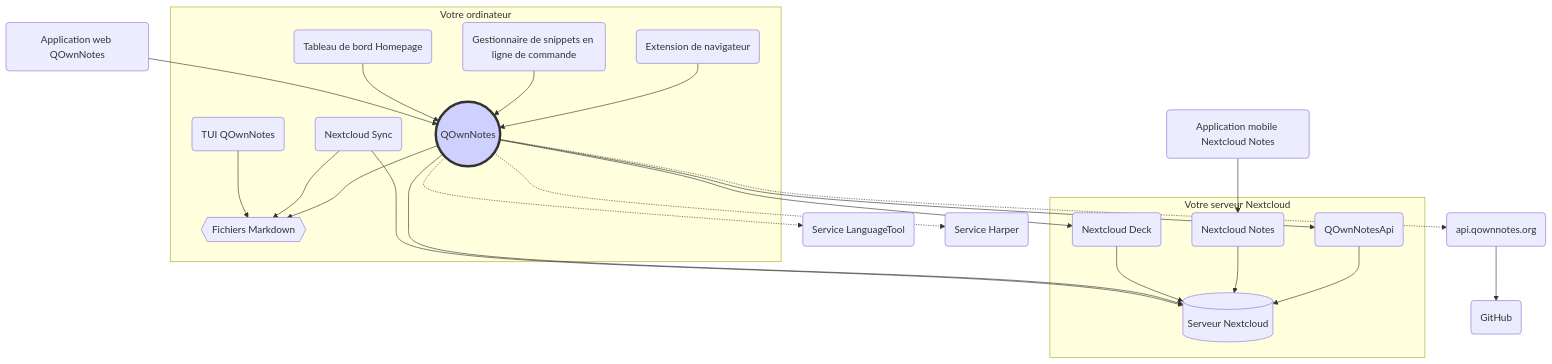
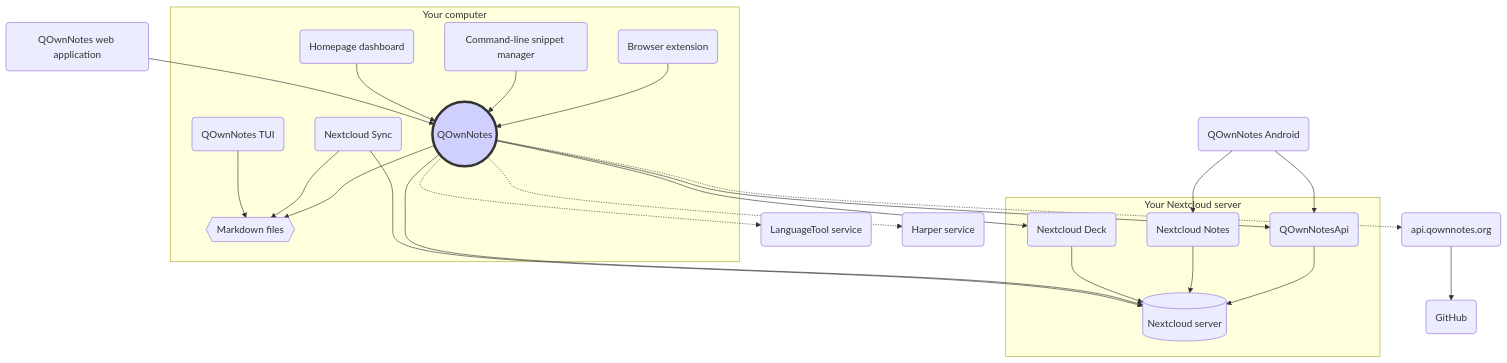
One commit to pbek/QOwnNotes changed the diagram in webpage/src/fr/getting-started/concept.md. Above: the diagram before and after it, drawn with Mermaid. The commit also changed other lines of this file and 160 other files, not shown here.

````diff
--- a/webpage/src/fr/getting-started/concept.md
+++ b/webpage/src/fr/getting-started/concept.md
@@ -13,45 +13,46 @@
 ```mermaid
 graph TB
-    subgraph Votre ordinateur
-        qon((QOwnNotes))-->md{{"Fichiers Markdown"}}
+    subgraph Your computer
+        qon((QOwnNotes))-->md{{"Markdown files"}}
         sync("Nextcloud Sync")-->md
-        qon-comp("Extension de navigateur")-->qon
-        qc("Gestionnaire de snippets en ligne de commande")-->qon
-        tui("TUI QOwnNotes")-->md
-        homepage("Tableau de bord Homepage")-->qon
+        qon-comp("Browser extension")-->qon
+        qc("Command-line snippet manager")-->qon
+        tui("QOwnNotes TUI")-->md
+        homepage("Homepage dashboard")-->qon
     end
-    subgraph Votre serveur Nextcloud
-        qon-api("QOwnNotesApi")-->ncs[("Serveur Nextcloud")]
+    subgraph Your Nextcloud server
+        qon-api("QOwnNotesApi")-->ncs[("Nextcloud server")]
         nc-notes-app("Nextcloud Notes")-->ncs
         nc-deck-app("Nextcloud Deck")-->ncs
     end
 
-    nc-notes-mob("Application mobile Nextcloud Notes")-->nc-notes-app
-    qon-web-app("Application web QOwnNotes")-->qon
+    qon-mob("QOwnNotes Android")-->nc-notes-app
+    qon-mob-->qon-api
+    qon-web-app("QOwnNotes web application")-->qon
     qon-->qon-api
     qon-->ncs
     qon-->nc-deck-app
     sync-->ncs
-    qon-.->lt("Service LanguageTool")
-    qon-.->harper("Service Harper")
+    qon-.->lt("LanguageTool service")
+    qon-.->harper("Harper service")
     qon-.->qon-web-api("api.qownnotes.org")
     qon-web-api-->github("GitHub")
 
     style qon fill:#d0d0ff,stroke:#333,stroke-width:4px
-    click qon "/fr/getting-started/concept.html#qownnotes" "L’application de bureau QOwnNotes Desktop pour gérer vos notes sur votre ordinateur"
-    click md "/fr/getting-started/concept.html#fichiers-de-notes-en-markdown" "Markdown, média et pièces jointes dans votre dossier de notes"
-    click qon-comp "/fr/getting-started/concept.html#extension-de-navigateur-qownnotes" "Extension de navigateur QOwnNotes pour gérer les signets dans des fichiers Markdown et pour servir de web clipper"
-    click qc "/fr/getting-started/concept.html#gestionnaire-de-snippets-en-ligne-de-commande-de-qownnotes" "Gestionnaire de snippets en ligne de commande de QOwnNotes"
-    click tui "/fr/getting-started/concept.html#tui-qownnotes" "La TUI QOwnNotes, pour parcourir et modifier les notes de vos dossiers de notes dans le terminal"
-    click homepage "/fr/getting-started/concept.html#tableau-de-bord-homepage" "Tableau de bord Homepage utilisant les suggestions de signets de QOwnNotes"
-    click sync "/fr/getting-started/concept.html#client-de-synchronisation-nextcloud-pour-ordinateur-de-bureau" "Client de bureau de synchronisation Nextcloud pour synchroniser vos notes dans votre serveur"
-    click ncs "/fr/getting-started/concept.html#serveur-nextcloud" "Serveur Nextcloud pour stocker vos notes et vos autres fichiers"
-    click qon-api "/fr/getting-started/concept.html#application-qownnotesapi-pour-nextcloud" "Application Nextcloud QOwnNotesAPI pour accéder aux versions de notes et à la corbeille côté serveur"
-    click nc-notes-app "/fr/getting-started/concept.html#application-serveur-nextcloud-notes" "Application serveur Nextcloud Notes pour gérer vos notes sur le Web"
-    click nc-notes-mob "/fr/getting-started/concept.html#application-mobile-nextcloud-notes" "Application mobile Nextcloud Notes pour gérer vos notes sur votre téléphone portable"
-    click nc-deck-app "/fr/getting-started/concept.html#application-serveur-nextcloud-deck" "Application serveur Nextcloud Deck pour gérer vos rappels et vos listes de tâches sur le Web"
-    click qon-web-app "/fr/getting-started/concept.html#application-web-qownnotes" "Application Web QOwnNotes pour envoyer des photos depuis votre téléphone portable"
-    click lt "/fr/editor/languagetool.html" "Serveur LanguageTool optionnel pour vérifier la grammaire et le style"
-    click harper "/fr/editor/harper.html" "Service Harper hors-ligne et optionnel pour vérifier la grammaire et le style"
-    click qon-web-api "/fr/getting-started/concept.html#api-qownnotes-org"
+    click qon "/getting-started/concept.html#qownnotes" "QOwnNotes Desktop Application for managing your notes on your desktop computer"
+    click md "/getting-started/concept.html#markdown-note-files" "Markdown, media and attachment files in your note folder"
+    click qon-comp "/getting-started/concept.html#qownnotes-browser-extension" "QOwnNotes browser extension for managing bookmarks in markdown files and as web clipper"
+    click qc "/getting-started/concept.html#qownnotes-command-line-snippet-manager" "QOwnNotes command-line snippet manager"
+    click tui "/getting-started/concept.html#qownnotes-tui" "QOwnNotes TUI, a keyboard-first terminal browser and editor for your Markdown note folders"
+    click homepage "/getting-started/concept.html#homepage-dashboard" "Homepage dashboard using QOwnNotes bookmark suggestions"
+    click sync "/getting-started/concept.html#nextcloud-desktop-sync-client" "Nextcloud desktop sync client to sync your notes to your server"
+    click ncs "/getting-started/concept.html#nextcloud-server" "Nextcloud server to host your notes and other files"
+    click qon-api "/getting-started/concept.html#qownnotesapi-nextcloud-app" "QOwnNotesAPI Nextcloud app to access your server-side trash and note versions"
+    click nc-notes-app "/getting-started/concept.html#nextcloud-notes-server-app" "Nextcloud Notes server app to manage your notes in the web"
+    click qon-mob "/getting-started/concept.html#qownnotes-android" "QOwnNotes Android, an offline-capable Markdown notes app for Android"
+    click nc-deck-app "/getting-started/concept.html#nextcloud-deck-server-app" "Nextcloud Deck server app to manage reminders and todo lists in the web"
+    click qon-web-app "/getting-started/concept.html#qownnotes-web-app" "QOwnNotes Web App to send photos from your mobile phone"
+    click lt "/editor/languagetool.html" "Optional LanguageTool server for grammar and style checking"
+    click harper "/editor/harper.html" "Optional Harper service for offline grammar and style checking"
+    click qon-web-api "/getting-started/concept.html#api-qownnotes-org"
 ```
````
